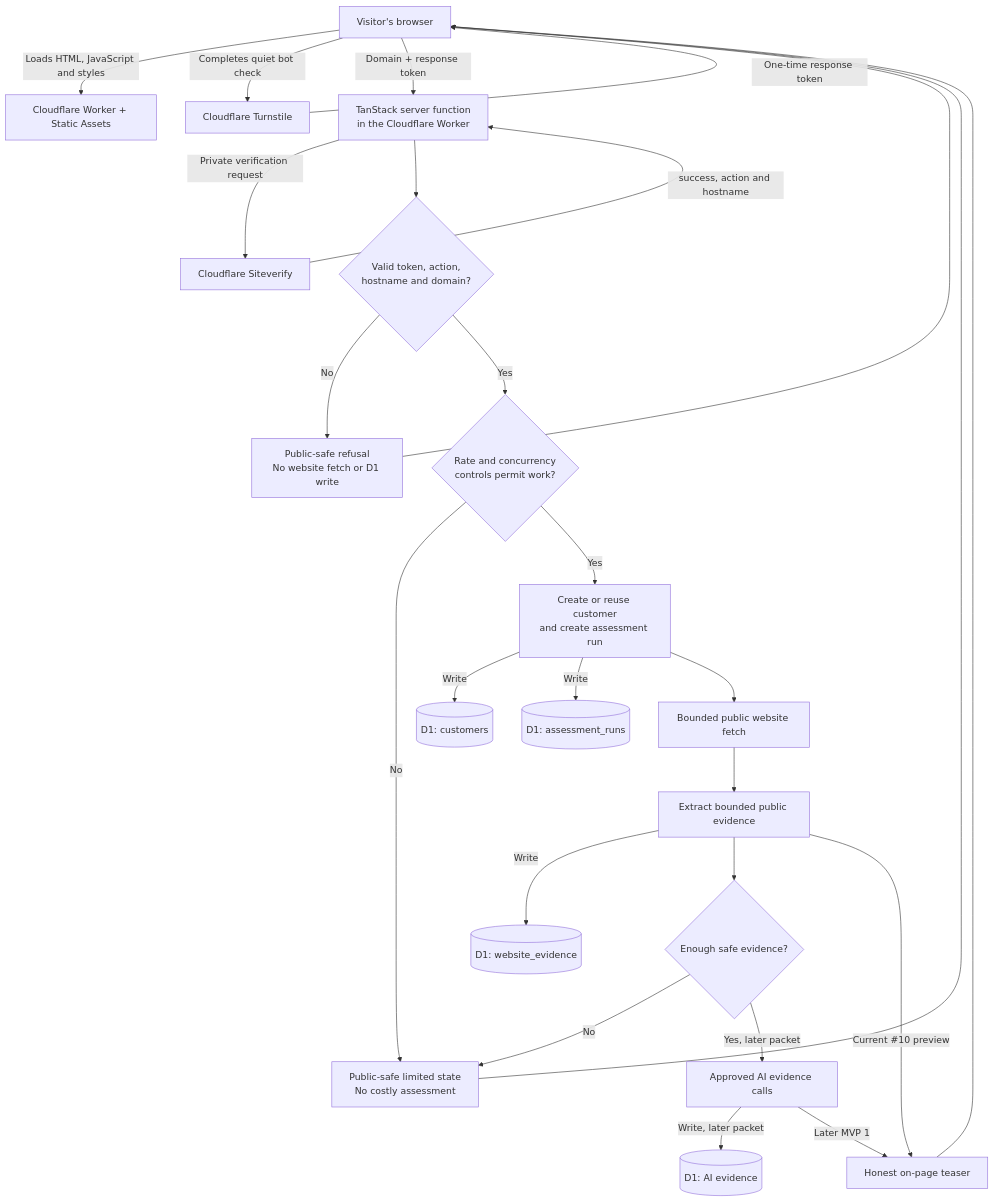
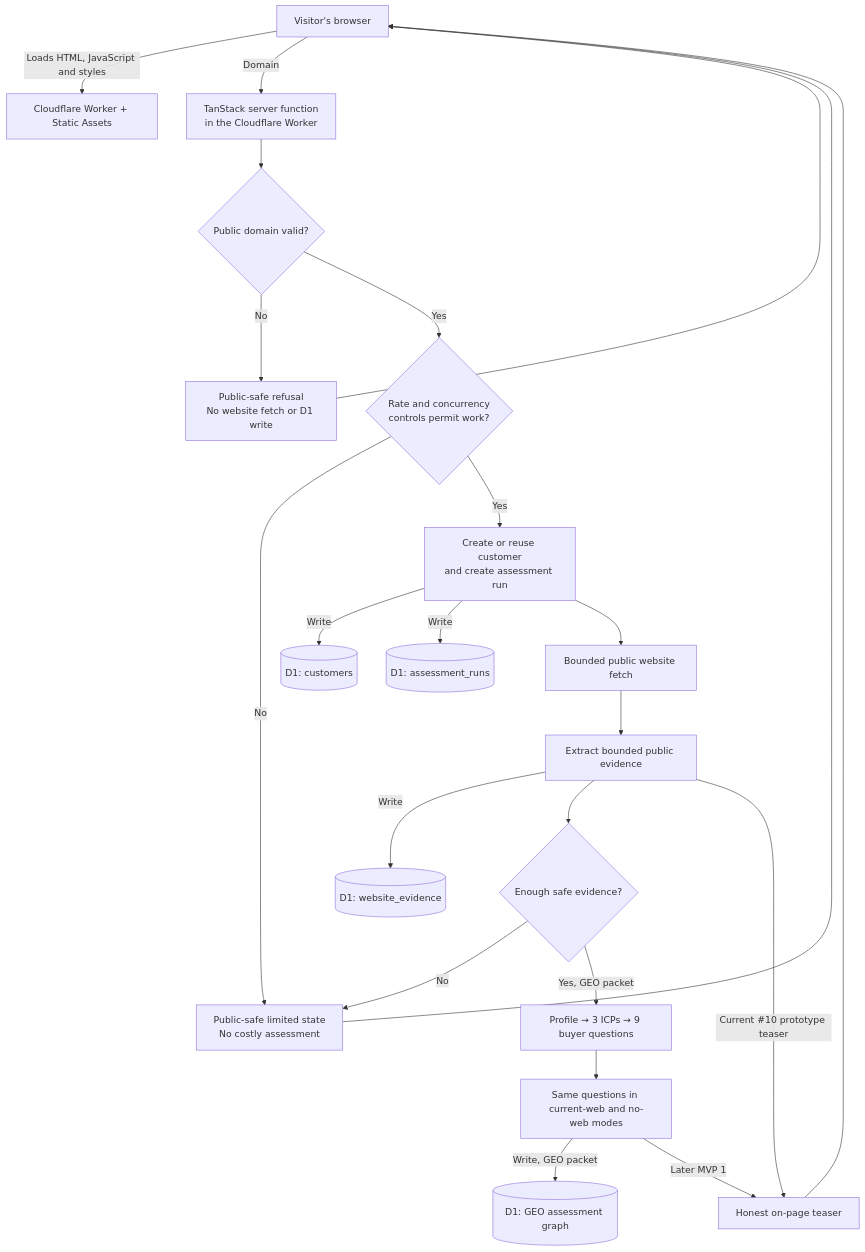
One commit to successbycs/ShortList changed the first of 2 diagrams in docs/product/REQUEST_FLOW.md. Above: the diagram before and after it, drawn with Mermaid. The commit also changed other lines of this file and 42 other files, not shown here.

Commit message:
docs: define ShortList MVP architecture and journey

````diff
--- a/docs/product/REQUEST_FLOW.md
+++ b/docs/product/REQUEST_FLOW.md
@@ -12,31 +26,26 @@
 ```mermaid
 flowchart TD
     Visitor[Visitor's browser] -->|Loads HTML, JavaScript and styles| Assets[Cloudflare Worker + Static Assets]
-    Visitor -->|Completes quiet bot check| Turnstile[Cloudflare Turnstile]
-    Turnstile -->|One-time response token| Visitor
-    Visitor -->|Domain + response token| ServerFn[TanStack server function<br/>in the Cloudflare Worker]
-
-    ServerFn -->|Private verification request| Siteverify[Cloudflare Siteverify]
-    Siteverify -->|success, action and hostname| ServerFn
-
-    ServerFn --> Gate{Valid token, action,<br/>hostname and domain?}
+    Visitor -->|Domain| ServerFn[TanStack server function<br/>in the Cloudflare Worker]
+    ServerFn --> Gate{Public domain valid?}
     Gate -->|No| Refusal[Public-safe refusal<br/>No website fetch or D1 write]
     Gate -->|Yes| Controls{Rate and concurrency<br/>controls permit work?}
     Controls -->|No| Limited[Public-safe limited state<br/>No costly assessment]
     Controls -->|Yes| Admission[Create or reuse customer<br/>and create assessment run]
 
     Admission -->|Write| Customers[(D1: customers)]
     Admission -->|Write| Runs[(D1: assessment_runs)]
     Admission --> Fetch[Bounded public website fetch]
     Fetch --> Evidence[Extract bounded public evidence]
     Evidence -->|Write| WebsiteEvidence[(D1: website_evidence)]
     Evidence --> Decision{Enough safe evidence?}
     Decision -->|No| Limited
-    Decision -->|Yes, later packet| AI[Approved AI evidence calls]
-    AI -->|Write, later packet| AiEvidence[(D1: AI evidence)]
-    Evidence -->|Current #10 preview| Teaser[Honest on-page teaser]
-    AI -->|Later MVP 1| Teaser
+    Decision -->|Yes, GEO packet| Profile[Profile → 3 ICPs → 9 buyer questions]
+    Profile --> Evaluation[Same questions in current-web and no-web modes]
+    Evaluation -->|Write, GEO packet| AiEvidence[(D1: GEO assessment graph)]
+    Evidence -->|Current #10 prototype teaser| Teaser[Honest on-page teaser]
+    Evaluation -->|Later MVP 1| Teaser
     Teaser --> Visitor
     Limited --> Visitor
     Refusal --> Visitor
 ```
````
